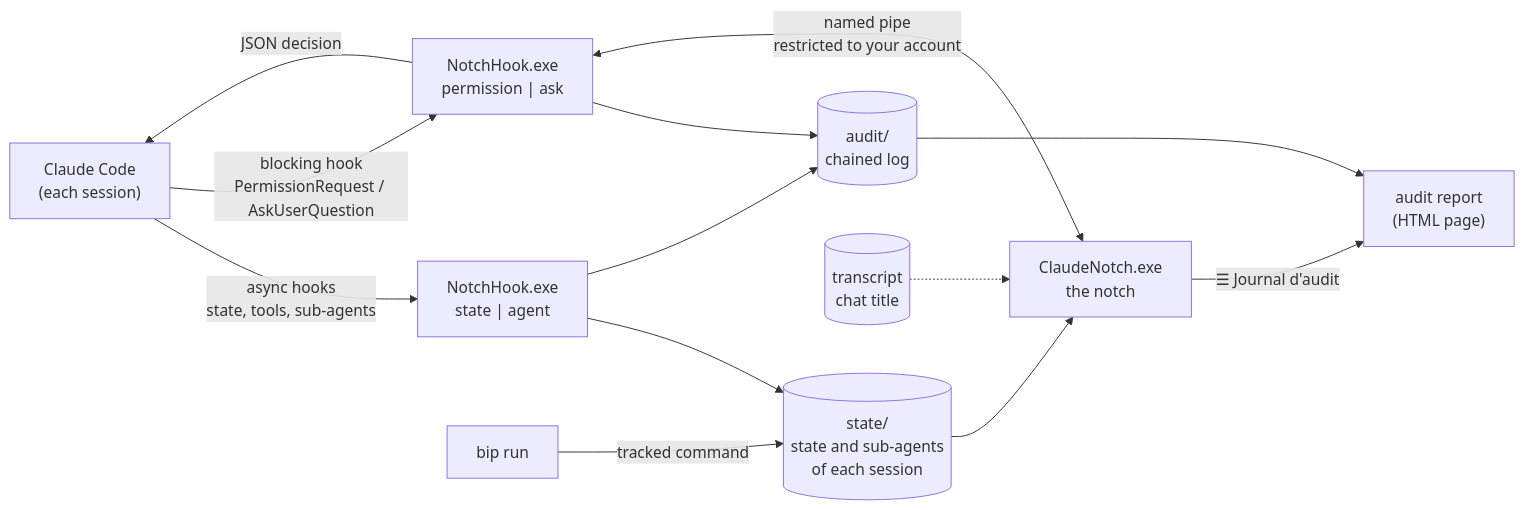
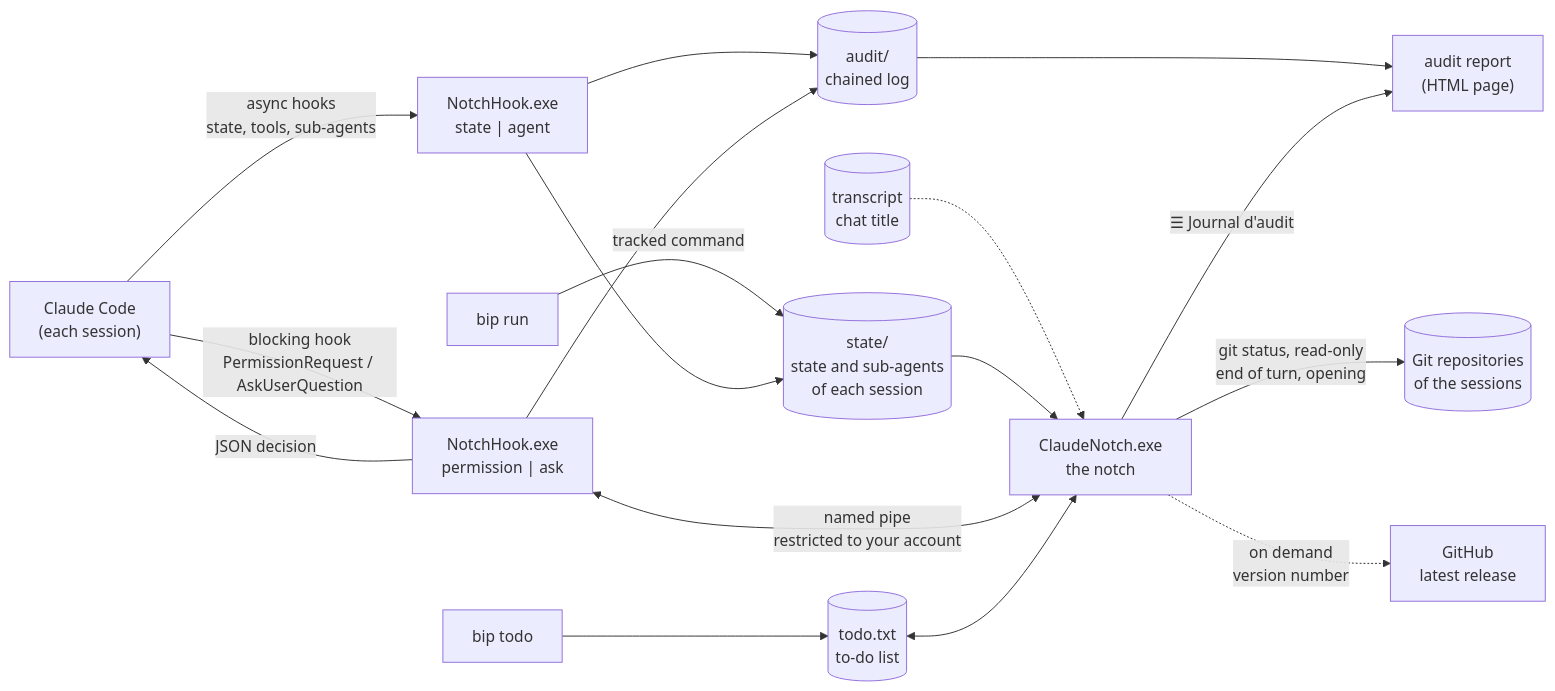
The second of 2 diagrams in README.md (CR0ZER/bip), drawn with Mermaid before and after one commit. The commit also changed other lines of this file and 18 other files, not shown here.

First line of the commit message:
v0.4.0 : vérifications avant release (captures, README, Mermaid, CHANGELOG, audit de performance)

````diff
--- a/README.md
+++ b/README.md
@@ -591,15 +637,19 @@
 ```mermaid
 flowchart LR
     CC["Claude Code<br/>(each session)"] -- "async hooks<br/>state, tools, sub-agents" --> H1["NotchHook.exe<br/>state | agent"]
     CC -- "blocking hook<br/>PermissionRequest / AskUserQuestion" --> H2["NotchHook.exe<br/>permission | ask"]
     BR["bip run"] -- "tracked command" --> ST
     H1 --> ST[("state/<br/>state and sub-agents<br/>of each session")]
     H1 --> AU[("audit/<br/>chained log")]
     H2 --> AU
     TR[("transcript<br/>chat title")] -.-> N
     ST --> N["ClaudeNotch.exe<br/>the notch"]
     H2 <-- "named pipe<br/>restricted to your account" --> N
     H2 -- "JSON decision" --> CC
     AU --> RP["audit report<br/>(HTML page)"]
     N -- "☰ Journal d'audit" --> RP
+    BT["bip todo"] --> TD[("todo.txt<br/>to-do list")]
+    TD <--> N
+    N -- "git status, read-only<br/>end of turn, opening" --> GIT[("Git repositories<br/>of the sessions")]
+    N -. "on demand<br/>version number" .-> GH["GitHub<br/>latest release"]
 ```
````
